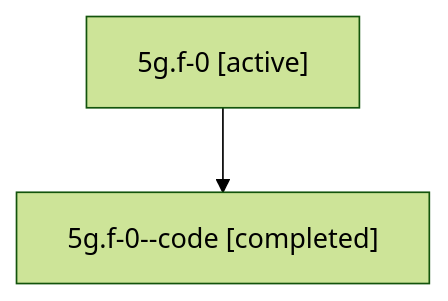
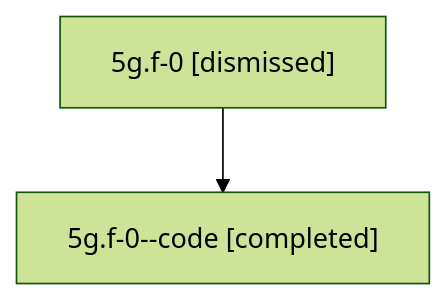
One commit to sase-org/sase--agents changed the diagram in sessions/bbugyi200.athena.5g.f-0.md. Above: the diagram before and after it, drawn with Mermaid (forest theme). The commit also changed other lines of this file and 42 other files, not shown here.

````diff
--- a/sessions/bbugyi200.athena.5g.f-0.md
+++ b/sessions/bbugyi200.athena.5g.f-0.md
@@ -9,6 +9,6 @@
 ```mermaid
 flowchart TD
-  n0["5g.f-0 [active]"]
+  n0["5g.f-0 [dismissed]"]
   n1["5g.f-0--code [completed]"]
   n0 --> n1
 ```
````
